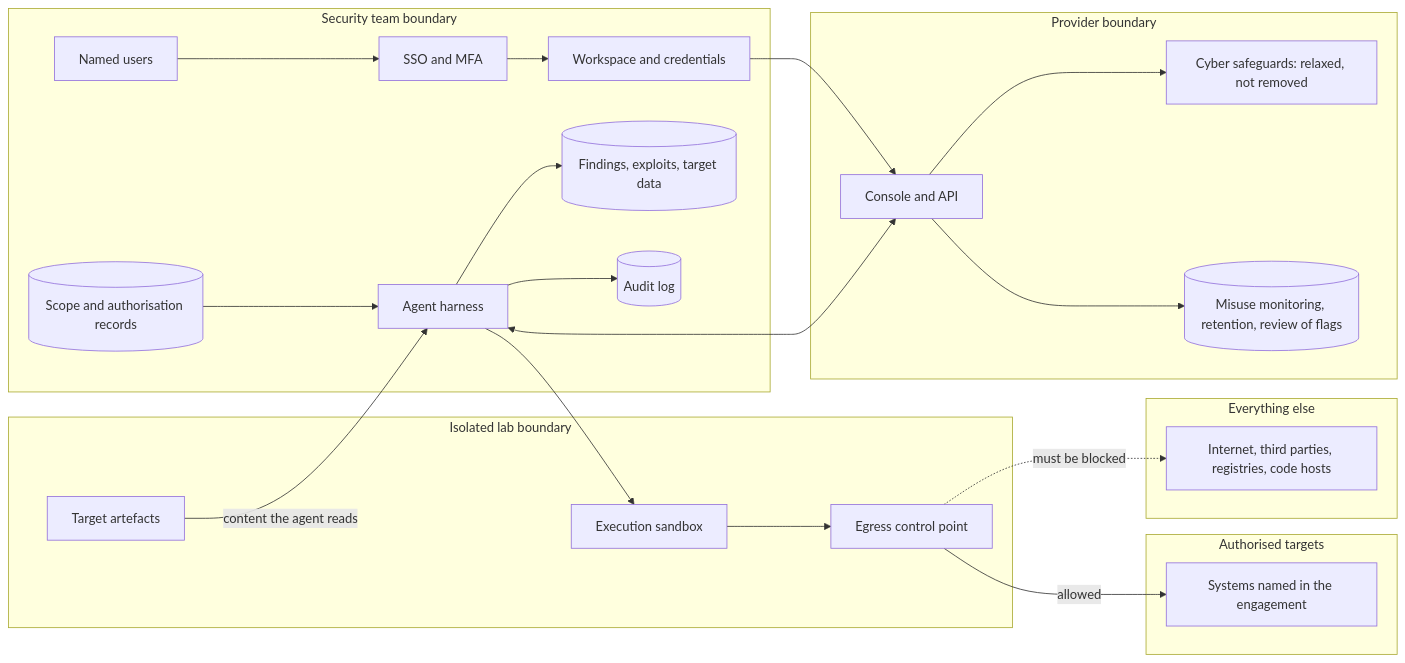
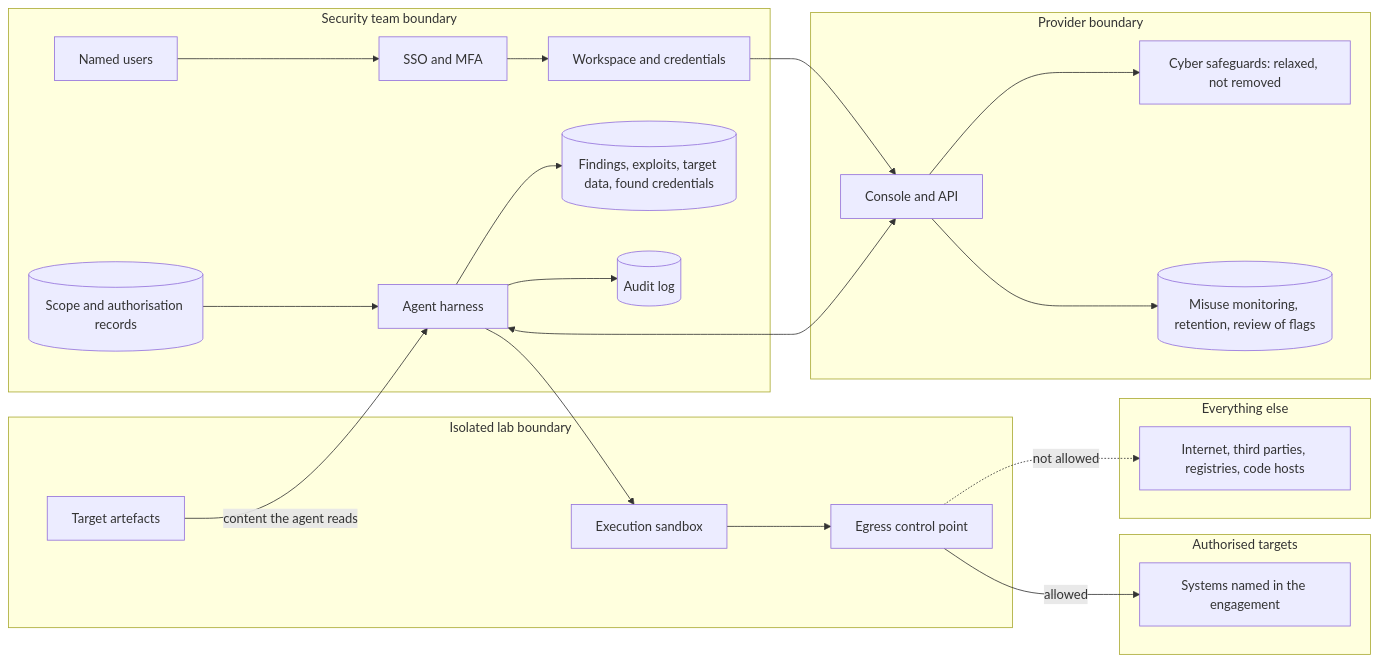
Before and after one commit to wtcooper/ai-security-evals: the diagram in threat-models/restricted-cyber-model.md, drawn with Mermaid. The commit also changed other lines of this file and 2 other files, not shown here.

````diff
--- a/threat-models/restricted-cyber-model.md
+++ b/threat-models/restricted-cyber-model.md
@@ -90,34 +101,34 @@
 ```mermaid
 flowchart LR
   subgraph PROV["Provider boundary"]
     EP["Console and API"] --> SAFE["Cyber safeguards: relaxed, not removed"]
     EP --> MON[("Misuse monitoring, retention, review of flags")]
   end
   subgraph TEAM["Security team boundary"]
     USERS["Named users"] --> IDP["SSO and MFA"] --> WS["Workspace and credentials"]
     HARN["Agent harness"]
     SCOPE[("Scope and authorisation records")]
-    OUT[("Findings, exploits, target data")]
+    OUT[("Findings, exploits, target data, found credentials")]
     AUDIT[("Audit log")]
   end
   subgraph LAB["Isolated lab boundary"]
     SBX["Execution sandbox"]
     ART["Target artefacts"]
     EGR["Egress control point"]
   end
   subgraph INSCOPE["Authorised targets"]
     TGT["Systems named in the engagement"]
   end
   subgraph WORLD["Everything else"]
     NET["Internet, third parties, registries, code hosts"]
   end
   WS --> EP
   HARN <--> EP
   SCOPE --> HARN
   ART -->|content the agent reads| HARN
   HARN --> SBX --> EGR
   EGR -->|allowed| TGT
-  EGR -.->|must be blocked| NET
+  EGR -.->|not allowed| NET
   HARN --> OUT
   HARN --> AUDIT
 ```
````
